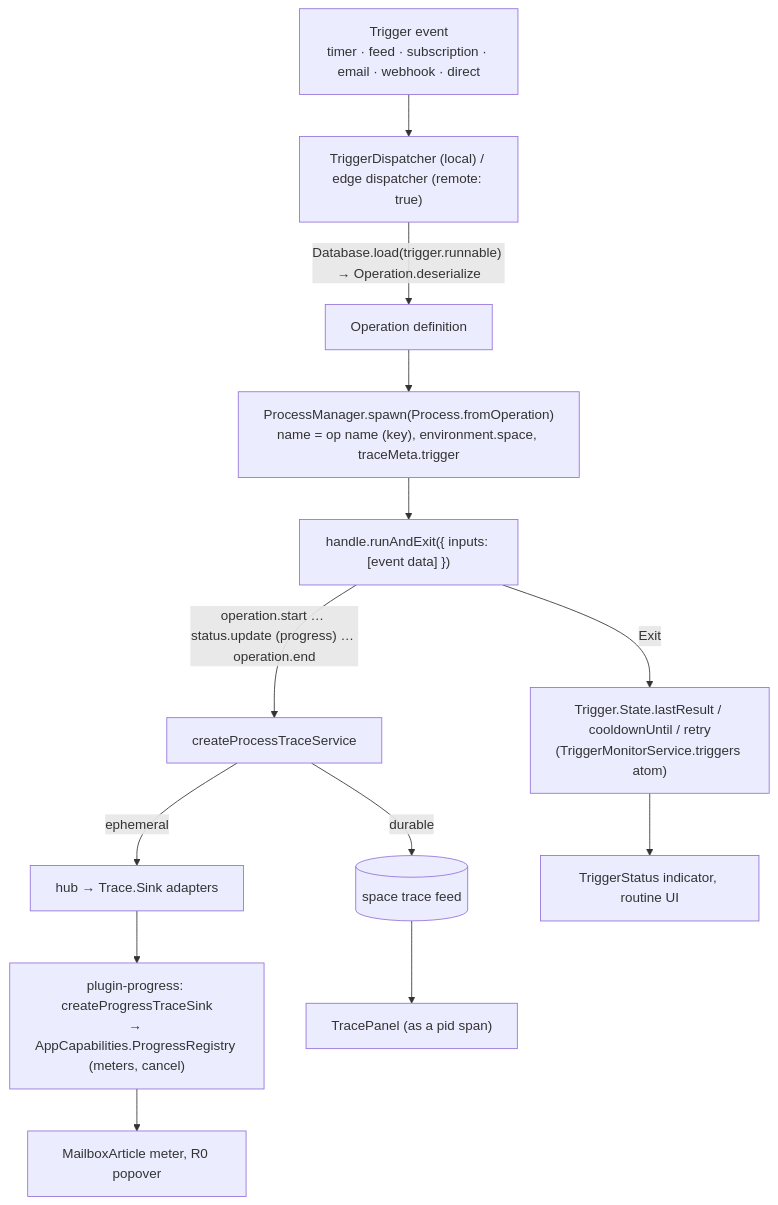
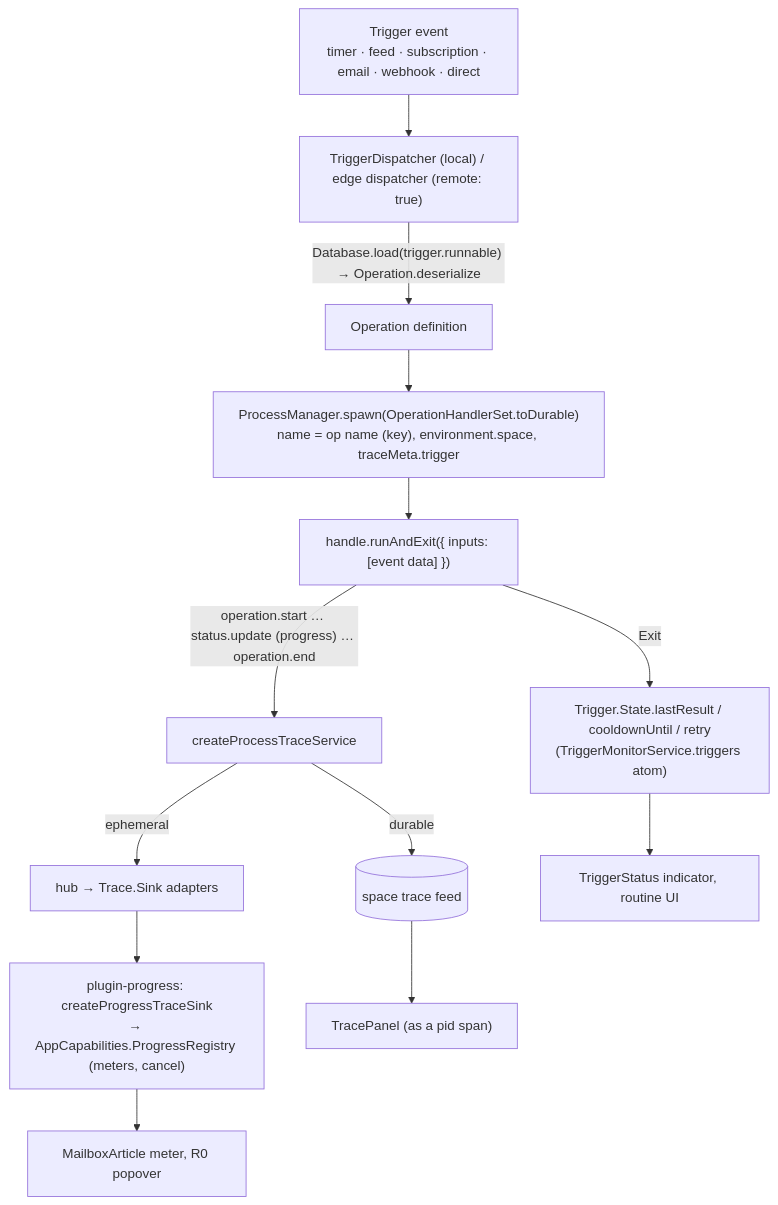
The fourth of 9 diagrams in packages/plugins/plugin-assistant/docs/ACTIVITY.md (dxos/dxos), drawn with Mermaid before and after one commit. The commit also changed other lines of this file and 52 other files, not shown here.

First line of the commit message:
compute: make process definitions durable operations

````diff
--- a/packages/plugins/plugin-assistant/docs/ACTIVITY.md
+++ b/packages/plugins/plugin-assistant/docs/ACTIVITY.md
@@ -271,15 +271,15 @@
 ```mermaid
 flowchart TB
   EV["Trigger event<br/>timer · feed · subscription · email · webhook · direct"] --> TD
   TD["TriggerDispatcher (local) / edge dispatcher (remote: true)"] -->|"Database.load(trigger.runnable) → Operation.deserialize"| DEF[Operation definition]
-  DEF --> SP["ProcessManager.spawn(Process.fromOperation)<br/>name = op name (key), environment.space, traceMeta.trigger"]
+  DEF --> SP["ProcessManager.spawn(OperationHandlerSet.toDurable)<br/>name = op name (key), environment.space, traceMeta.trigger"]
   SP --> RUN["handle.runAndExit({ inputs: [event data] })"]
   RUN -->|"operation.start … status.update (progress) … operation.end"| TS[createProcessTraceService]
   TS -->|durable| FEED[("space trace feed")]
   TS -->|ephemeral| HUB["hub → Trace.Sink adapters"]
   HUB --> PR["plugin-progress: createProgressTraceSink<br/>→ AppCapabilities.ProgressRegistry (meters, cancel)"]
   RUN -->|Exit| ST["Trigger.State.lastResult / cooldownUntil / retry<br/>(TriggerMonitorService.triggers atom)"]
   ST --> TSTAT["TriggerStatus indicator, routine UI"]
   FEED --> TP["TracePanel (as a pid span)"]
   PR --> METER["MailboxArticle meter, R0 popover"]
 ```
````
